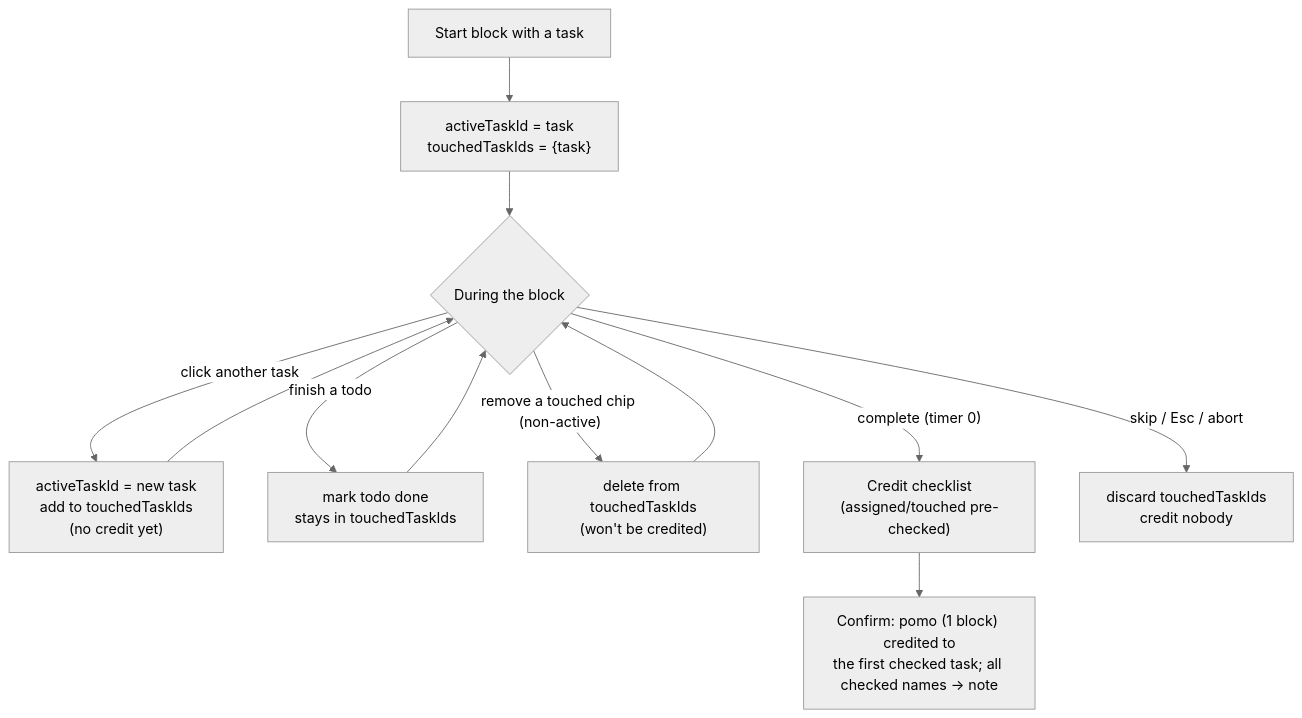
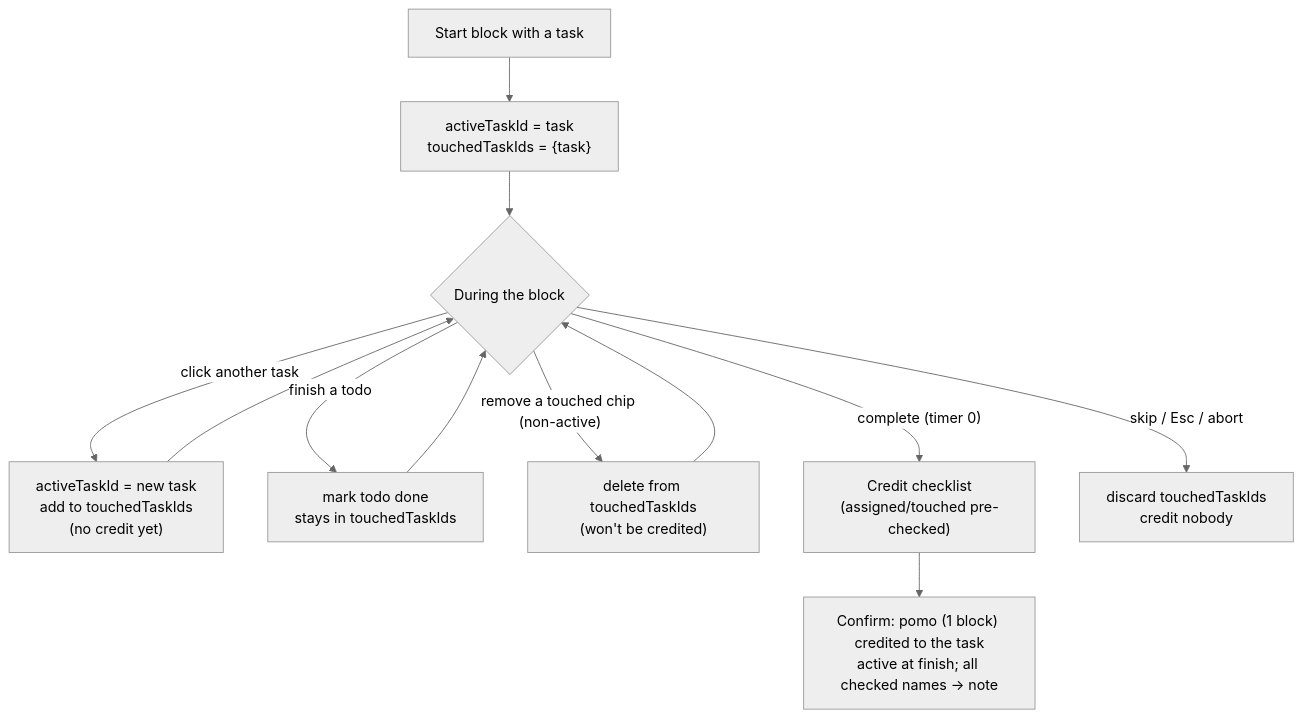
One commit to tedzhao226/pomotodo changed the second of 2 diagrams in docs/timer-states.md. Above: the diagram before and after it, drawn with Mermaid (neutral theme). The commit also changed other lines of this file and 9 other files, not shown here.

First line of the commit message:
fix(timer): live History refresh + credit the task active at finish

````diff
--- a/docs/timer-states.md
+++ b/docs/timer-states.md
@@ -101,17 +101,17 @@
 ```mermaid
 flowchart TD
     Start["Start block with a task"] --> Touch["activeTaskId = task<br/>touchedTaskIds = {task}"]
     Touch --> During{"During the block"}
 
     During -- "click another task" --> Switch["activeTaskId = new task<br/>add to touchedTaskIds<br/>(no credit yet)"]
     Switch --> During
     During -- "finish a todo" --> Finish["mark todo done<br/>stays in touchedTaskIds"]
     Finish --> During
     During -- "remove a touched chip (non-active)" --> Drop["delete from touchedTaskIds<br/>(won't be credited)"]
     Drop --> During
 
     During -- "complete (timer 0)" --> Prompt["Credit checklist<br/>(assigned/touched pre-checked)"]
-    Prompt --> Confirm["Confirm: pomo (1 block) credited to<br/>the first checked task; all checked names -> note"]
+    Prompt --> Confirm["Confirm: pomo (1 block) credited to the task<br/>active at finish; all checked names -> note"]
 
     During -- "skip / Esc / abort" --> Abort["discard touchedTaskIds<br/>credit nobody"]
 ```
````
